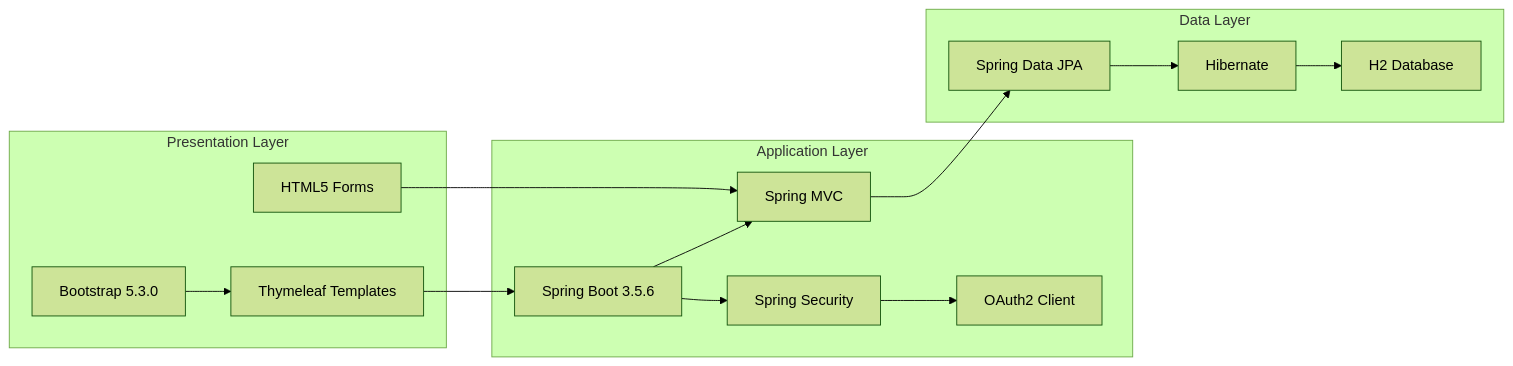
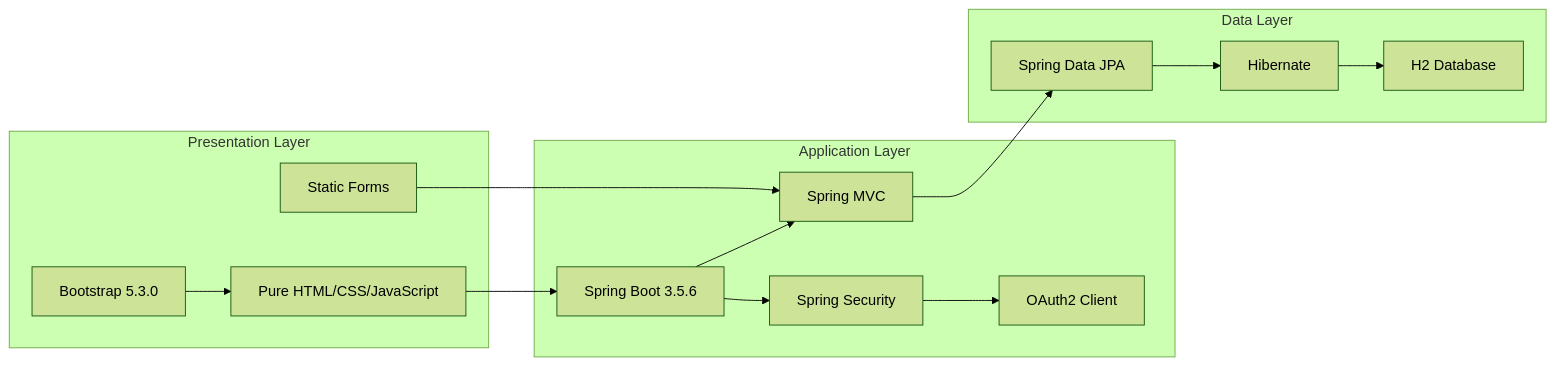
Before and after one commit to IamJesssie/Spring-Oauth2-Profile: the fourth of 4 diagrams in README.md, drawn with Mermaid (forest theme). The commit also changed other lines of this file, not shown here.

Commit message:
docs: Update README to architecture diagram

````diff
--- a/README.md
+++ b/README.md
@@ -196,31 +190,31 @@
 ```mermaid
 graph LR
     subgraph "Presentation Layer"
-        A[Thymeleaf Templates]
+        A[Pure HTML/CSS/JavaScript]
         B[Bootstrap 5.3.0]
-        C[HTML5 Forms]
+        C[Static Forms]
     end
     
     subgraph "Application Layer"
         D[Spring Boot 3.5.6]
         E[Spring Security]
         F[Spring MVC]
         G[OAuth2 Client]
     end
     
     subgraph "Data Layer"
         H[Spring Data JPA]
         I[Hibernate]
         J[H2 Database]
     end
     
     A --> D
     B --> A
     C --> F
     D --> E
     D --> F
     E --> G
     F --> H
     H --> I
     I --> J
 ```
````
